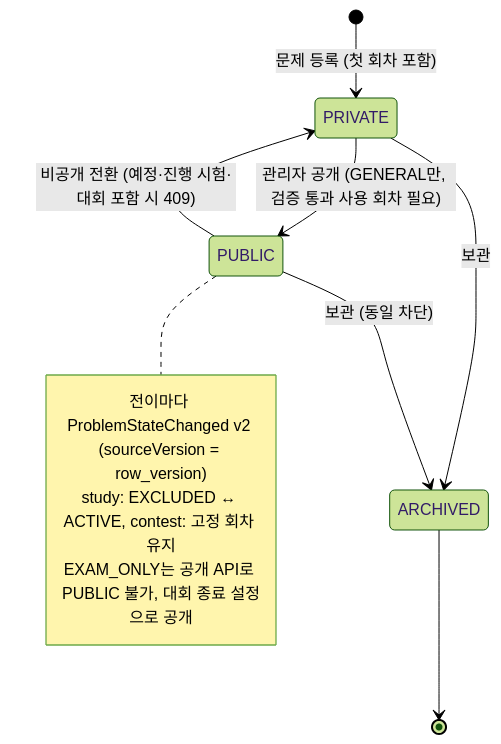
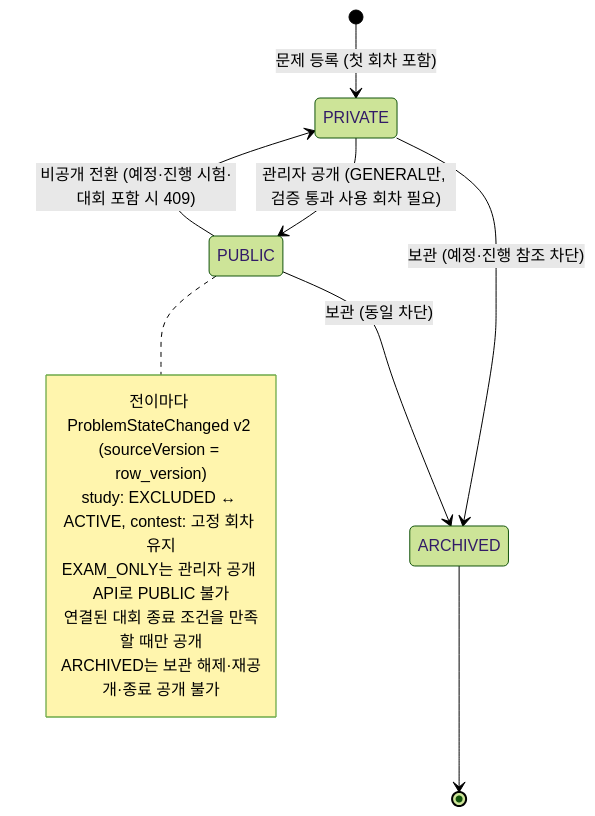
One commit to Back-To-Back-team-3/re-solve changed diagram 13 of 57 in docs/dev/architecture/diagrams.md. Above: the diagram before and after it, drawn with Mermaid (forest theme). The commit also changed other lines of this file and 6 other files, not shown here.

````diff
--- a/docs/dev/architecture/diagrams.md
+++ b/docs/dev/architecture/diagrams.md
@@ -416,14 +416,16 @@
 ```mermaid
 stateDiagram-v2
     [*] --> PRIVATE : 문제 등록 (첫 회차 포함)
     PRIVATE --> PUBLIC : 관리자 공개 (GENERAL만, 검증 통과 사용 회차 필요)
     PUBLIC --> PRIVATE : 비공개 전환 (예정·진행 시험·대회 포함 시 409)
-    PRIVATE --> ARCHIVED : 보관
+    PRIVATE --> ARCHIVED : 보관 (예정·진행 참조 차단)
     PUBLIC --> ARCHIVED : 보관 (동일 차단)
     ARCHIVED --> [*]
     note right of PUBLIC
         전이마다 ProblemStateChanged v2 (sourceVersion = row_version)
         study: EXCLUDED ↔ ACTIVE, contest: 고정 회차 유지
-        EXAM_ONLY는 공개 API로 PUBLIC 불가, 대회 종료 설정으로 공개
+        EXAM_ONLY는 관리자 공개 API로 PUBLIC 불가
+        연결된 대회 종료 조건을 만족할 때만 공개
+        ARCHIVED는 보관 해제·재공개·종료 공개 불가
     end note
 ```
````
